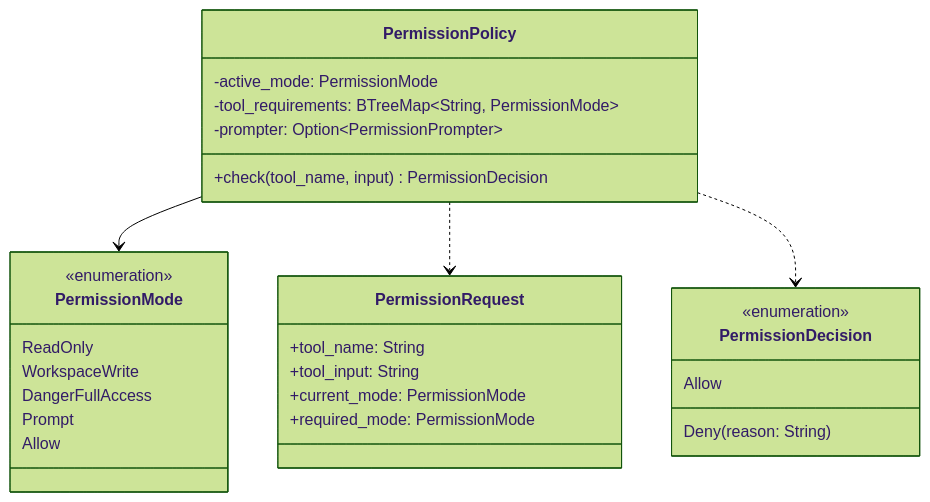
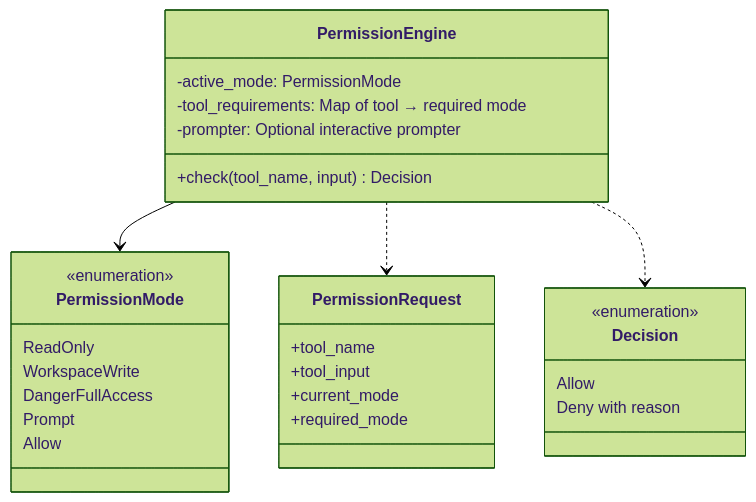
Before and after one commit to Luxshan2000/inside-claude-code: the fourth of 5 diagrams in docs/04-permission-model/README.md, drawn with Mermaid (forest theme). The commit also changed other lines of this file and 12 other files, not shown here.

First line of the commit message:
Clean up: Remove code-specific references, keep pure architecture concepts

````diff
--- a/docs/04-permission-model/README.md
+++ b/docs/04-permission-model/README.md
@@ -118,35 +118,35 @@
 ```mermaid
 classDiagram
-    class PermissionPolicy {
+    class PermissionEngine {
         -active_mode: PermissionMode
-        -tool_requirements: BTreeMap~String, PermissionMode~
-        -prompter: Option~PermissionPrompter~
-        +check(tool_name, input) PermissionDecision
+        -tool_requirements: Map of tool → required mode
+        -prompter: Optional interactive prompter
+        +check(tool_name, input) Decision
     }
 
     class PermissionMode {
         <<enumeration>>
         ReadOnly
         WorkspaceWrite
         DangerFullAccess
         Prompt
         Allow
     }
 
     class PermissionRequest {
-        +tool_name: String
-        +tool_input: String
-        +current_mode: PermissionMode
-        +required_mode: PermissionMode
+        +tool_name
+        +tool_input
+        +current_mode
+        +required_mode
     }
 
-    class PermissionDecision {
+    class Decision {
         <<enumeration>>
         Allow
-        Deny(reason: String)
+        Deny with reason
     }
 
-    PermissionPolicy --> PermissionMode
-    PermissionPolicy ..> PermissionRequest
-    PermissionPolicy ..> PermissionDecision
+    PermissionEngine --> PermissionMode
+    PermissionEngine ..> PermissionRequest
+    PermissionEngine ..> Decision
 ```
````
